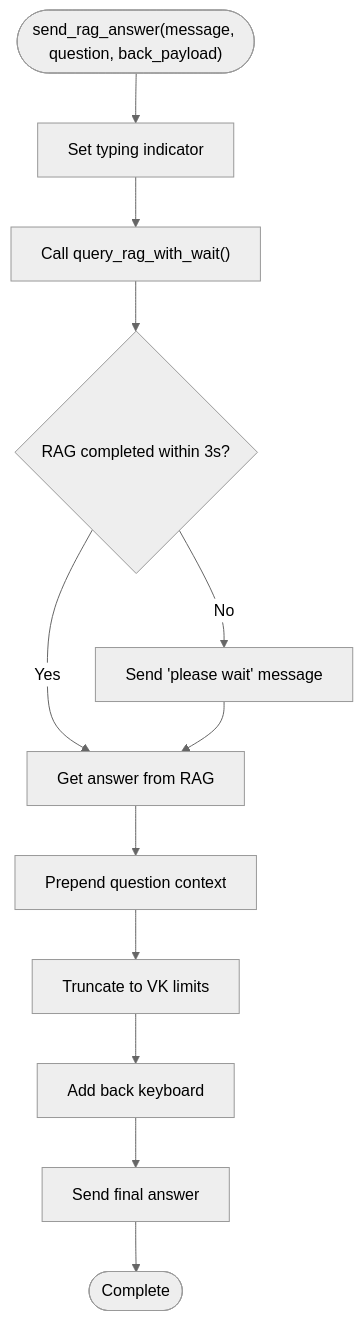
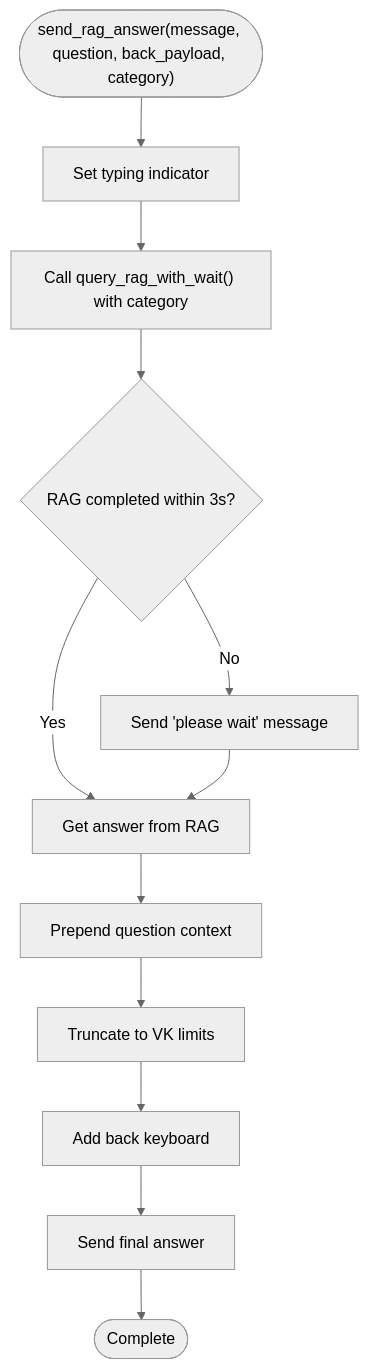
The sixth of 29 diagrams in .qoder/repowiki/en/content/VK Integration/VK Integration.md (ognelis/cafetera_hr_bot), drawn with Mermaid (neutral theme) before and after one commit. The commit also changed other lines of this file and 27 other files, not shown here.

````diff
--- a/.qoder/repowiki/en/content/VK Integration/VK Integration.md
+++ b/.qoder/repowiki/en/content/VK Integration/VK Integration.md
@@ -482,14 +525,14 @@
 ```mermaid
 flowchart TD
-Start(["send_rag_answer(message, question, back_payload)"]) --> Typing["Set typing indicator"]
-Typing --> Wait["Call query_rag_with_wait()"]
+Start(["send_rag_answer(message, question, back_payload, category)"]) --> Typing["Set typing indicator"]
+Typing --> Wait["Call query_rag_with_wait() with category"]
 Wait --> CheckTimeout{"RAG completed within 3s?"}
 CheckTimeout --> |Yes| Answer["Get answer from RAG"]
 CheckTimeout --> |No| WaitMsg["Send 'please wait' message"]
 WaitMsg --> Answer
 Answer --> Prepend["Prepend question context"]
 Prepend --> Truncate["Truncate to VK limits"]
 Truncate --> Keyboard["Add back keyboard"]
 Keyboard --> Send["Send final answer"]
 Send --> End(["Complete"])
 ```
````
